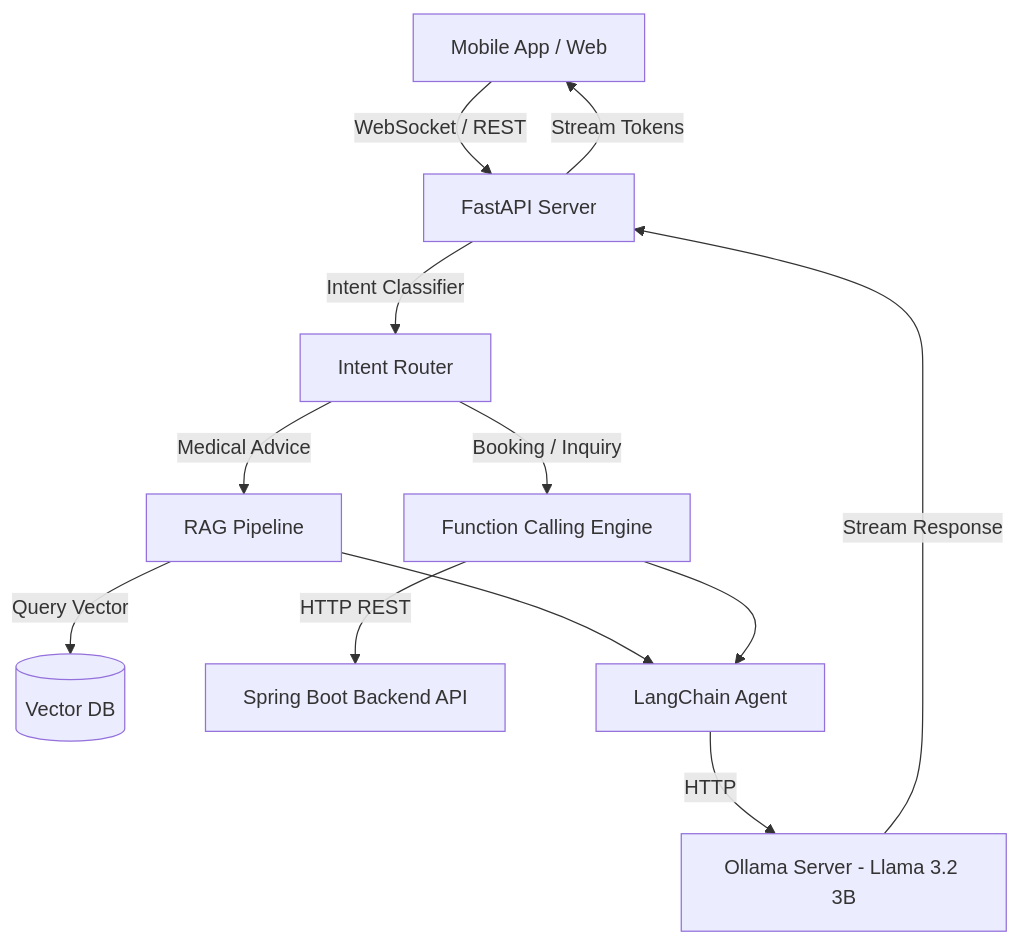
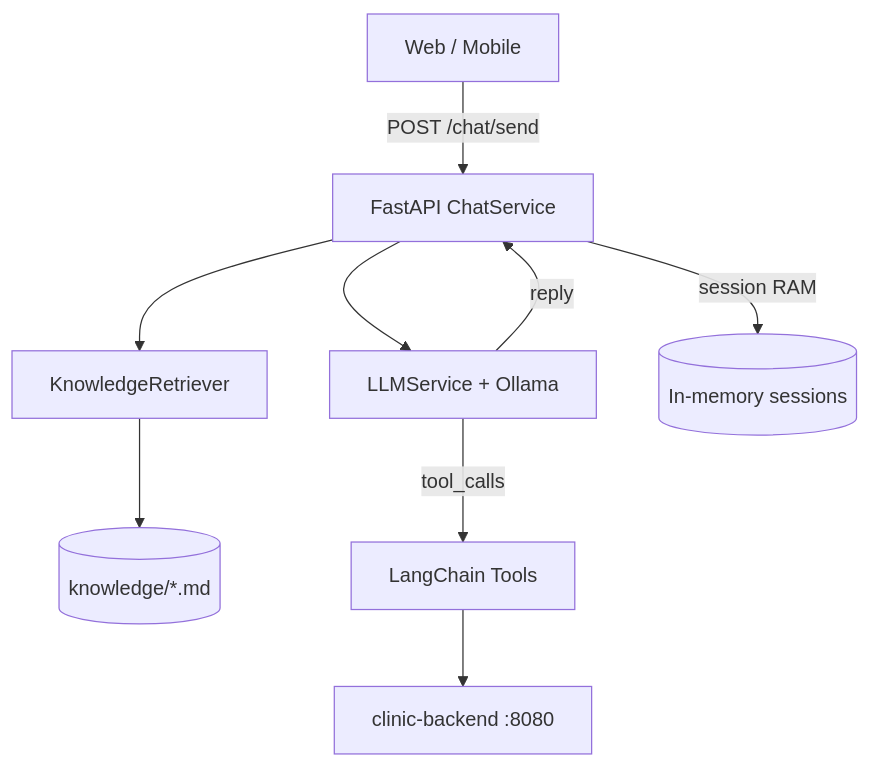
The diagram in docs/architecture.md (quockiet0505/clinic-ai-chat), drawn with Mermaid before and after one commit. The commit also changed other lines of this file and 51 other files, not shown here.

First line of the commit message:
feat: AI đặt lịch — suggest/book tools + JWT từ web/mobile

````diff
--- a/docs/architecture.md
+++ b/docs/architecture.md
@@ -7,18 +13,11 @@
 ```mermaid
 graph TD
-    Client[Mobile App / Web] -- WebSocket / REST --> FastAPI[FastAPI Server]
-    FastAPI -- Intent Classifier --> Router[Intent Router]
-    
-    Router -- Medical Advice --> RAG[RAG Pipeline]
-    Router -- Booking / Inquiry --> ToolNode[Function Calling Engine]
-    
-    RAG -- Query Vector --> ChromaDB[(Vector DB)]
-    ToolNode -- HTTP REST --> SpringBoot[Spring Boot Backend API]
-    
-    RAG --> Langchain[LangChain Agent]
-    ToolNode --> Langchain
-    
-    Langchain -- HTTP --> Ollama[Ollama Server - Llama 3.2 3B]
-    Ollama -- Stream Response --> FastAPI
-    FastAPI -- Stream Tokens --> Client
+    Client[Web / Mobile] -->|POST /chat/send| API[FastAPI ChatService]
+    API --> RAG[KnowledgeRetriever]
+    RAG --> KB[(knowledge/*.md)]
+    API --> LLM[LLMService + Ollama]
+    LLM -->|tool_calls| Tools[LangChain Tools]
+    Tools --> BE[clinic-backend :8080]
+    LLM -->|reply| API
+    API -->|session RAM| Memory[(In-memory sessions)]
 ```
````
